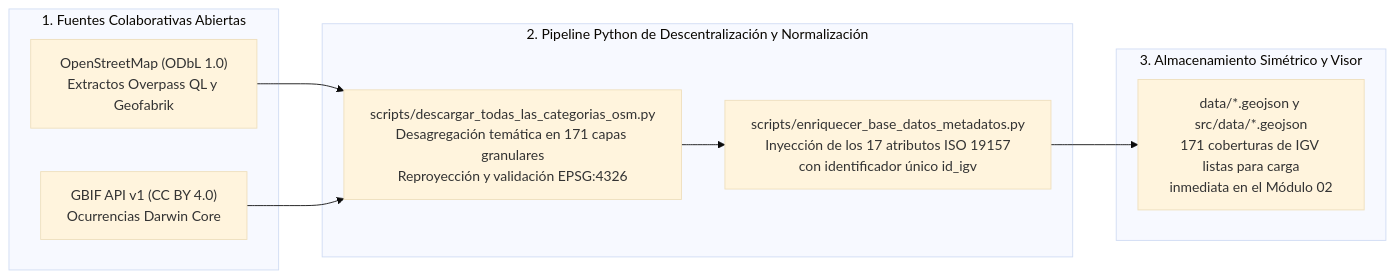
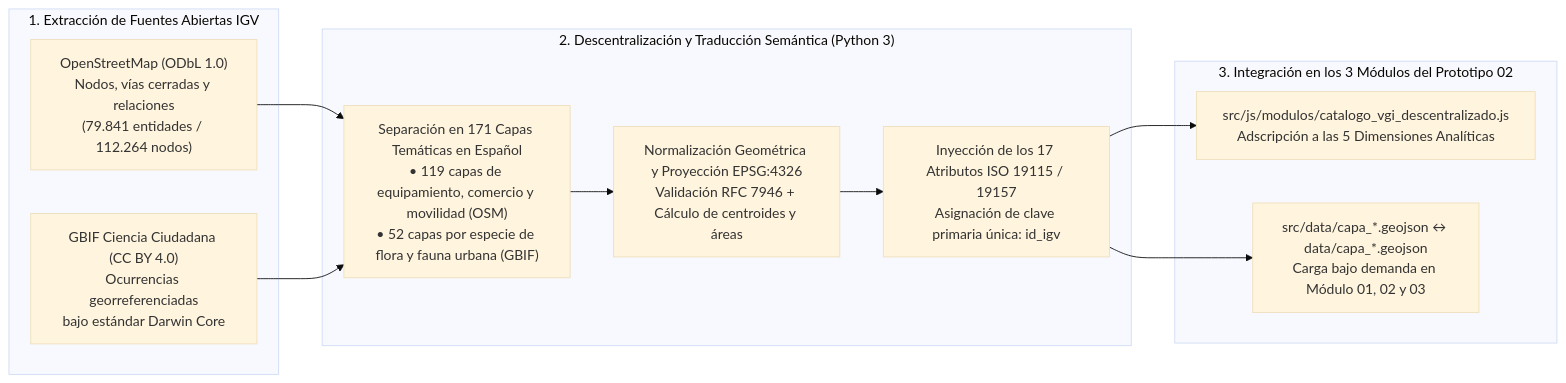
The seventh of 15 diagrams in src/docs/MANUAL_ACTUALIZACION_ATLAS.md (GEOJOTA/atlas-vgi-barrio-brasil), drawn with Mermaid (base theme) before and after one commit. The commit also changed other lines of this file and 8 other files, not shown here.

Commit message:
docs(prototipo-02): robustecer y expandir manual de actualizacion, diagramas y documentacion navegable (v65)

````diff
--- a/src/docs/MANUAL_ACTUALIZACION_ATLAS.md
+++ b/src/docs/MANUAL_ACTUALIZACION_ATLAS.md
@@ -456,18 +344,20 @@
 ```mermaid
 flowchart LR
-    subgraph FUENTES_IGV["1. Fuentes Colaborativas Abiertas"]
-        OSM_SRC["OpenStreetMap (ODbL 1.0)\nExtractos Overpass QL y Geofabrik"]
-        GBIF_SRC["GBIF API v1 (CC BY 4.0)\nOcurrencias Darwin Core"]
+    subgraph EXTR["1. Extracción de Fuentes Abiertas IGV"]
+        OSM["OpenStreetMap (ODbL 1.0)\nNodos, vías cerradas y relaciones\n(79.841 entidades / 112.264 nodos)"]
+        GBIF["GBIF Ciencia Ciudadana (CC BY 4.0)\nOcurrencias georreferenciadas\nbajo estándar Darwin Core"]
     end
 
-    subgraph ETL_IGV["2. Pipeline Python de Descentralización y Normalización"]
-        PY_DESC["scripts/descargar_todas_las_categorias_osm.py\nDesagregación temática en 171 capas granulares\nReproyección y validación EPSG:4326"]
-        PY_ISO["scripts/enriquecer_base_datos_metadatos.py\nInyección de los 17 atributos ISO 19157\ncon identificador único id_igv"]
+    subgraph DESC["2. Descentralización y Traducción Semántica (Python 3)"]
+        FIL["Separación en 171 Capas Temáticas en Español\n• 119 capas de equipamiento, comercio y movilidad (OSM)\n• 52 capas por especie de flora y fauna urbana (GBIF)"]
+        GEO["Normalización Geométrica y Proyección EPSG:4326\nValidación RFC 7946 + Cálculo de centroides y áreas"]
+        ID["Inyección de los 17 Atributos ISO 19115 / 19157\nAsignación de clave primaria única: id_igv"]
     end
 
-    subgraph SALIDA_IGV["3. Almacenamiento Simétrico y Visor"]
-        GEO_IGV["data/*.geojson y src/data/*.geojson\n171 coberturas de IGV listas para carga\ninmediata en el Módulo 02"]
+    subgraph PUB["3. Integración en los 3 Módulos del Prototipo 02"]
+        CAT_JS["src/js/modulos/catalogo_vgi_descentralizado.js\nAdscripción a las 5 Dimensiones Analíticas"]
+        DATA_F["src/data/capa_*.geojson ↔ data/capa_*.geojson\nCarga bajo demanda en Módulo 01, 02 y 03"]
     end
 
-    OSM_SRC & GBIF_SRC --> PY_DESC --> PY_ISO --> GEO_IGV
+    OSM & GBIF --> FIL --> GEO --> ID --> CAT_JS & DATA_F
 ```
````
